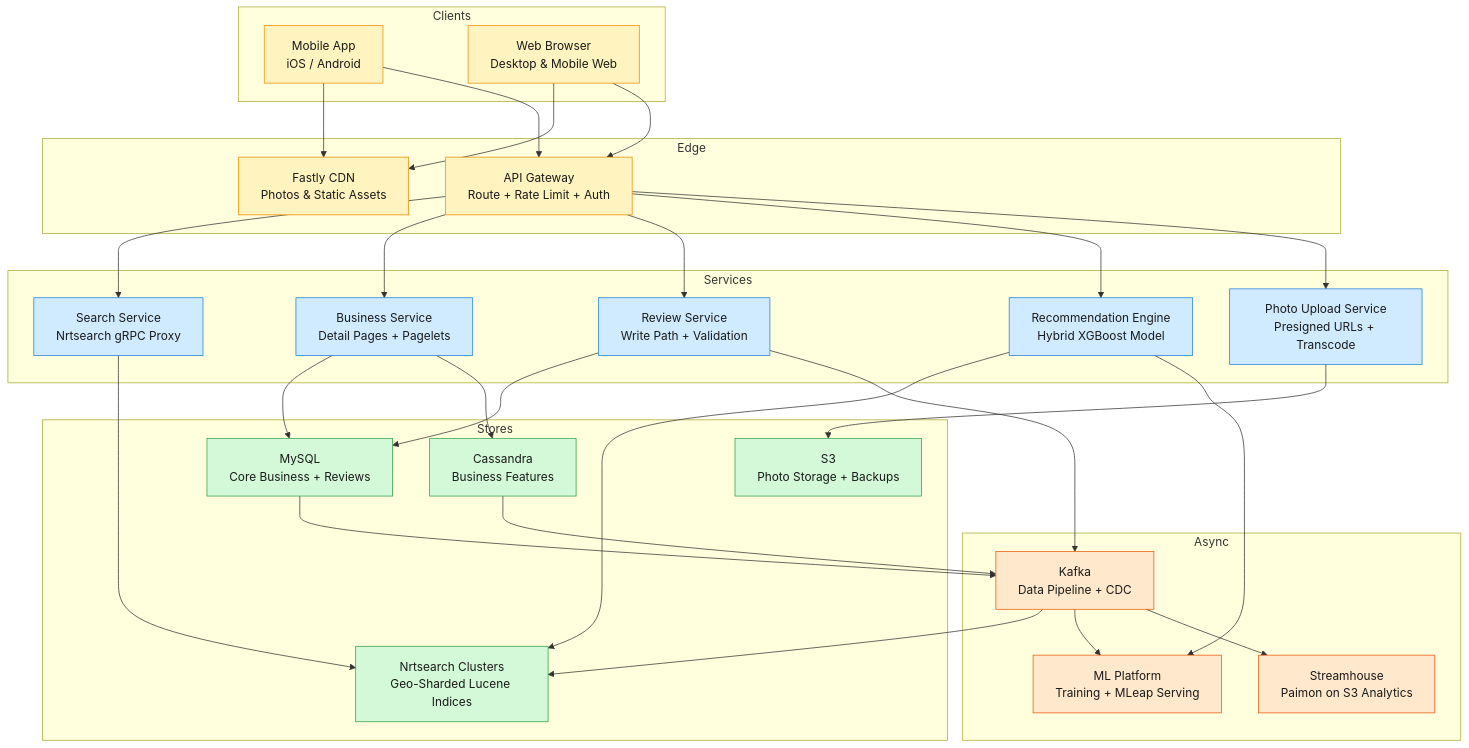
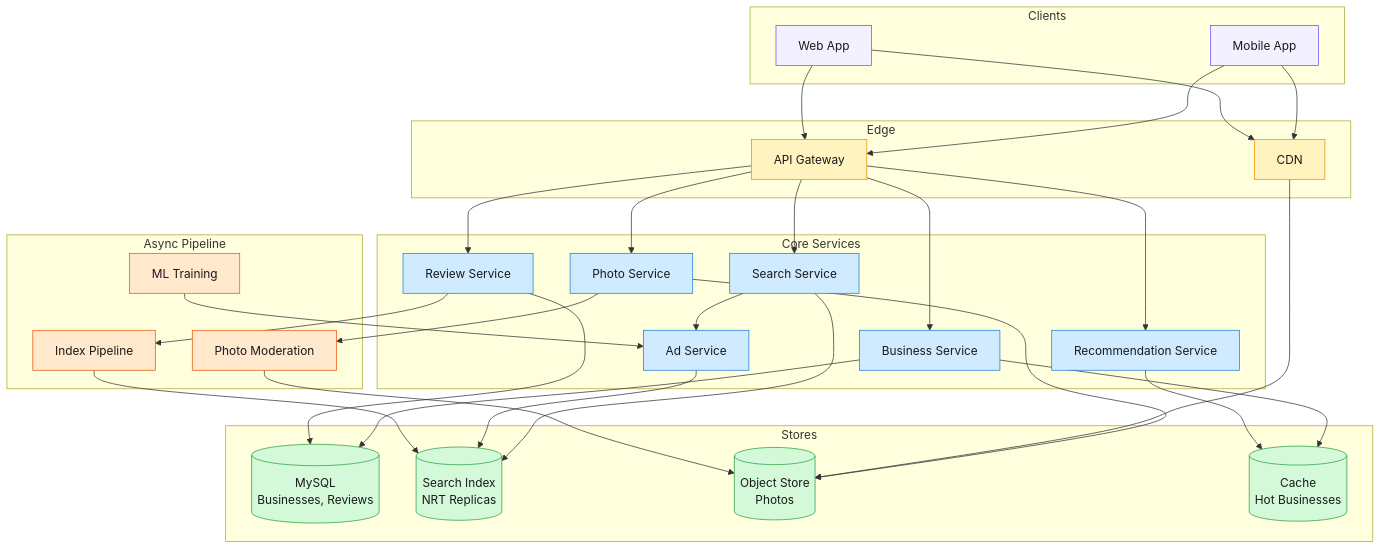
The second of 2 diagrams in _posts/2026-06-30-yelp.md (iliazlobin/iliazlobin.github.io), drawn with Mermaid before and after one commit. The commit also changed other lines of this file and 45 other files, not shown here.

First line of the commit message:
Republish all posts from Notion: fix mermaid errors, drop §7 Trade-offs (#88)

````diff
--- a/_posts/2026-06-30-yelp.md
+++ b/_posts/2026-06-30-yelp.md
@@ -124,59 +121,69 @@
 ```mermaid
-graph TB
-    subgraph Clients
-        A[Mobile App<br/>iOS / Android]
-        B[Web Browser<br/>Desktop & Mobile Web]
+flowchart TB
+    subgraph Clients["Clients"]
+        Mobile["Mobile App"]
+        Web["Web App"]
     end
-    subgraph Edge
-        C[Fastly CDN<br/>Photos & Static Assets]
-        D[API Gateway<br/>Route + Rate Limit + Auth]
+
+    subgraph Edge["Edge"]
+        GW["API Gateway"]
+        CDN["CDN"]
     end
-    subgraph Services
-        E[Search Service<br/>Nrtsearch gRPC Proxy]
-        F[Business Service<br/>Detail Pages + Pagelets]
-        G[Review Service<br/>Write Path + Validation]
-        H[Recommendation Engine<br/>Hybrid XGBoost Model]
-        I[Photo Upload Service<br/>Presigned URLs + Transcode]
+
+    subgraph Services["Core Services"]
+        SearchSvc["Search Service"]
+        BizSvc["Business Service"]
+        ReviewSvc["Review Service"]
+        PhotoSvc["Photo Service"]
+        RecSvc["Recommendation Service"]
+        AdSvc["Ad Service"]
     end
-    subgraph Stores
-        J[MySQL<br/>Core Business + Reviews]
-        K[Cassandra<br/>Business Features]
-        L[Nrtsearch Clusters<br/>Geo-Sharded Lucene Indices]
-        M[S3<br/>Photo Storage + Backups]
+
+    subgraph Stores["Stores"]
+        DB[("MySQL<br/>Businesses, Reviews")]
+        SearchIdx[("Search Index<br/>NRT Replicas")]
+        ObjStore[("Object Store<br/>Photos")]
+        Cache[("Cache<br/>Hot Businesses")]
     end
-    subgraph Async
-        N[Kafka<br/>Data Pipeline + CDC]
-        O[ML Platform<br/>Training + MLeap Serving]
-        P[Streamhouse<br/>Paimon on S3 Analytics]
+
+    subgraph Async["Async Pipeline"]
+        IdxPipeline["Index Pipeline"]
+        PhotoPipeline["Photo Moderation"]
+        MLPipeline["ML Training"]
     end
-    A --> C
-    B --> C
-    A --> D
-    B --> D
-    D --> E
-    D --> F
-    D --> G
-    D --> H
-    D --> I
-    E --> L
-    F --> J
-    F --> K
-    G --> J
-    G --> N
-    H --> L
-    H --> O
-    I --> M
-    J --> N
-    K --> N
-    N --> L
-    N --> O
-    N --> P
-    classDef edge fill:#fff3bf,stroke:#f08c00,color:#1a1a1a;
-    classDef svc fill:#d0ebff,stroke:#1c7ed6,color:#1a1a1a;
-    classDef store fill:#d3f9d8,stroke:#2f9e44,color:#1a1a1a;
-    classDef async fill:#ffe8cc,stroke:#e8590c,color:#1a1a1a;
-    class A,B,C,D edge;
-    class E,F,G,H,I svc;
-    class J,K,L,M store;
-    class N,O,P async;
+
+    Mobile --> CDN
+    Web --> CDN
+    Mobile --> GW
+    Web --> GW
+    GW --> SearchSvc
+    GW --> BizSvc
+    GW --> ReviewSvc
+    GW --> PhotoSvc
+    GW --> RecSvc
+    SearchSvc --> AdSvc
+    SearchSvc --> SearchIdx
+    BizSvc --> DB
+    BizSvc --> Cache
+    ReviewSvc --> DB
+    ReviewSvc --> IdxPipeline
+    PhotoSvc --> ObjStore
+    PhotoSvc --> PhotoPipeline
+    RecSvc --> Cache
+    AdSvc --> SearchIdx
+    CDN --> ObjStore
+    IdxPipeline --> SearchIdx
+    PhotoPipeline --> ObjStore
+    MLPipeline --> AdSvc
+
+    classDef client fill:#f3f0ff,stroke:#7950f2,color:#1a1a1a;
+    classDef edge   fill:#fff3bf,stroke:#f08c00,color:#1a1a1a;
+    classDef svc    fill:#d0ebff,stroke:#1c7ed6,color:#1a1a1a;
+    classDef store  fill:#d3f9d8,stroke:#2f9e44,color:#1a1a1a;
+    classDef async  fill:#ffe8cc,stroke:#e8590c,color:#1a1a1a;
+    class Mobile,Web client;
+    class GW,CDN edge;
+    class SearchSvc,BizSvc,ReviewSvc,PhotoSvc,RecSvc,AdSvc svc;
+    class DB,SearchIdx,ObjStore,Cache store;
+    class IdxPipeline,PhotoPipeline,MLPipeline async;
 ```
````
